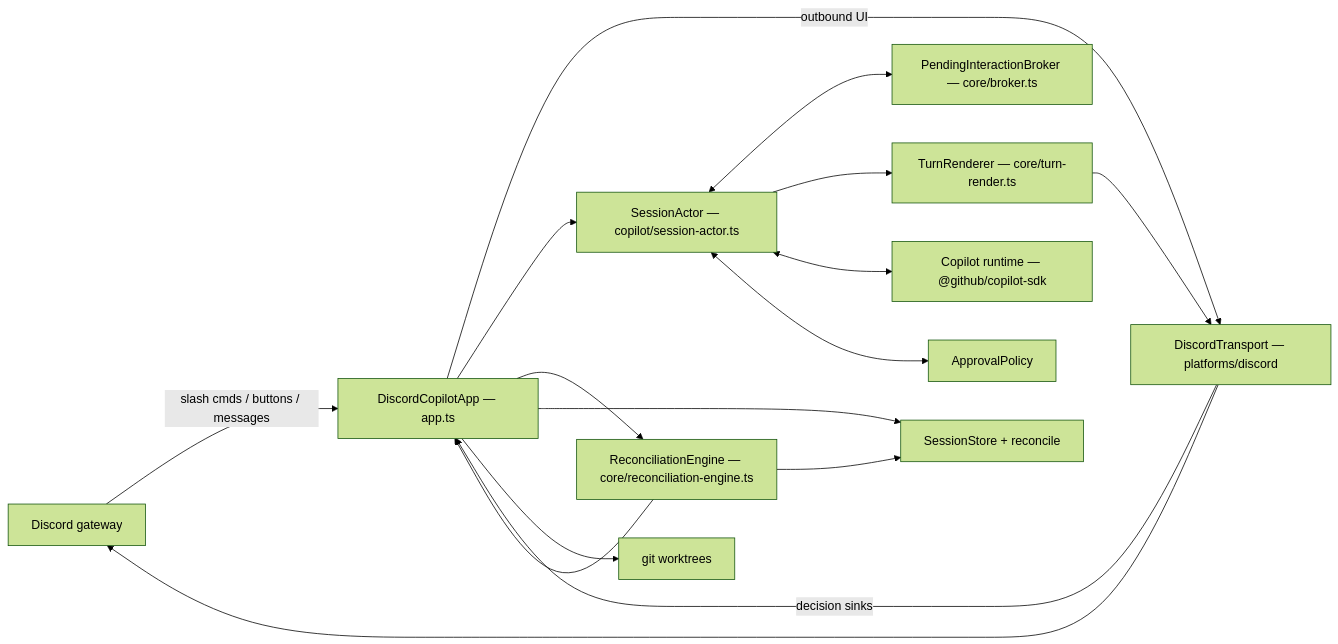
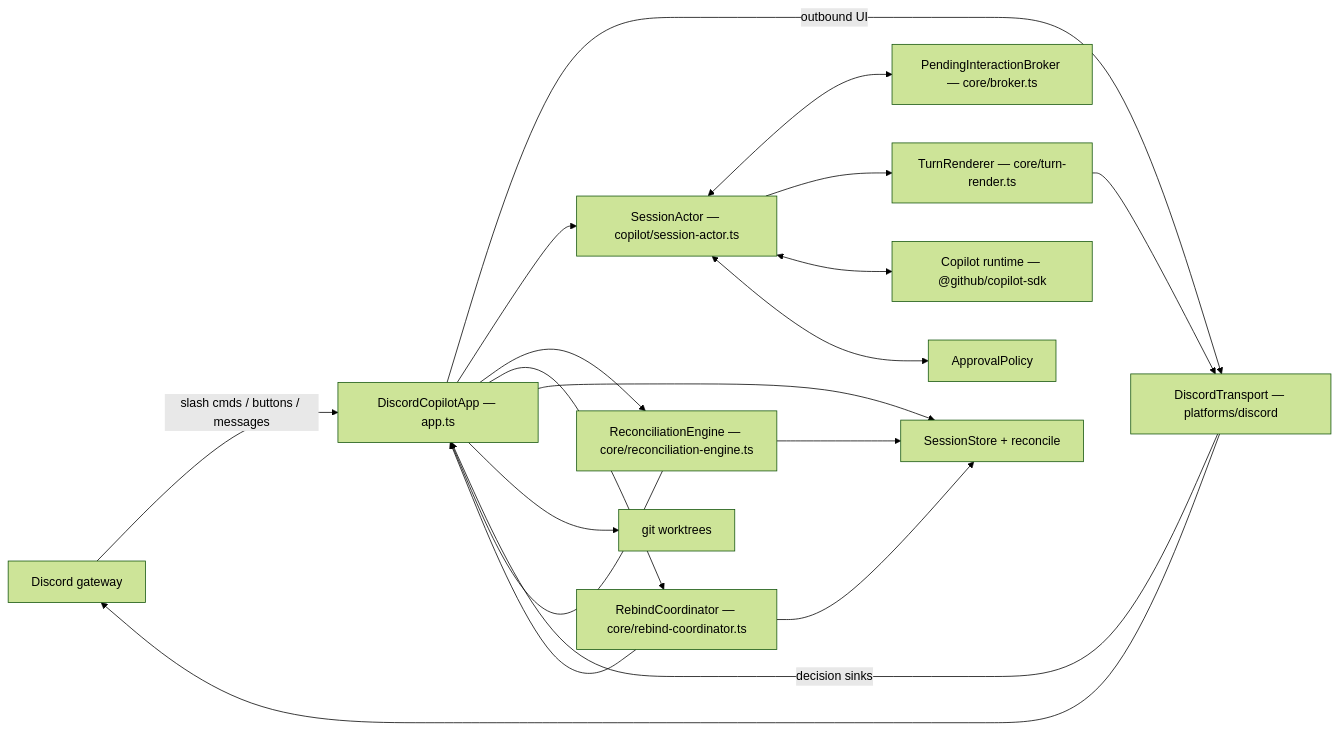
The diagram in .github/copilot-instructions.md (lettucebo/discord-copilot-sdk), drawn with Mermaid (forest theme) before and after one commit. The commit also changed other lines of this file and 9 other files, not shown here.

````diff
--- a/.github/copilot-instructions.md
+++ b/.github/copilot-instructions.md
@@ -48,18 +48,21 @@
 ```mermaid
 flowchart LR
   D["Discord gateway"] -- "slash cmds / buttons / messages" --> A["DiscordCopilotApp — app.ts"]
   A -- "outbound UI" --> T["DiscordTransport — platforms/discord"]
   T --> D
   T -- "decision sinks" --> A
   A --> S["SessionActor — copilot/session-actor.ts"]
   S <--> B["PendingInteractionBroker — core/broker.ts"]
   S --> R["TurnRenderer — core/turn-render.ts"]
   R --> T
   S <--> C["Copilot runtime — @github/copilot-sdk"]
   A --> RE["ReconciliationEngine — core/reconciliation-engine.ts"]
   RE --> A
   RE --> ST["SessionStore + reconcile"]
+  A --> RB["RebindCoordinator — core/rebind-coordinator.ts"]
+  RB --> A
+  RB --> ST
   A --> ST
   A --> W["git worktrees"]
   S <--> P["ApprovalPolicy"]
 ```
````
